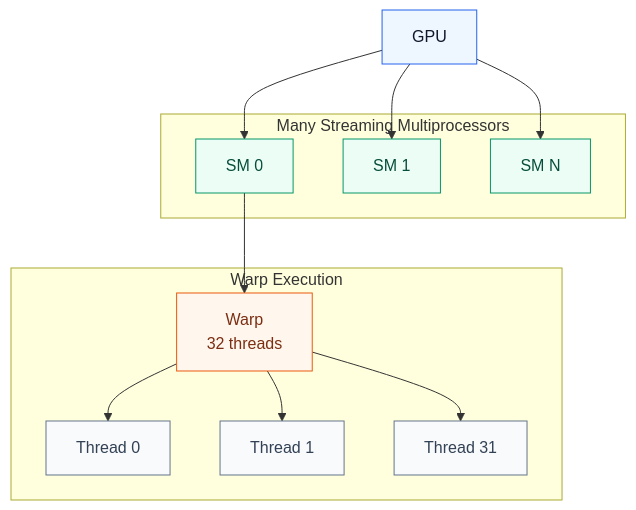
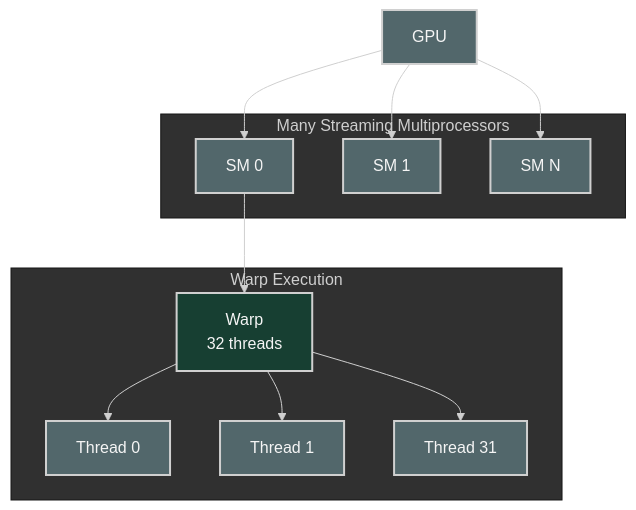
One commit to ziwon/ai-data-center-network changed the seventh of 15 diagrams in ai-system-performance-engineering/chap02/README.md. Above: the diagram before and after it, drawn with Mermaid. The commit also changed other lines of this file and 35 other files, not shown here.

Commit message:
docs(mermaid): apply dark diagram style

````diff
--- a/ai-system-performance-engineering/chap02/README.md
+++ b/ai-system-performance-engineering/chap02/README.md
@@ -361,30 +367,31 @@
 ```mermaid
+%%{init: {"theme": "base", "themeVariables": {"background": "#171717", "primaryColor": "#232323", "primaryTextColor": "#f5f5f5", "primaryBorderColor": "#d0d0d0", "lineColor": "#cfcfcf", "fontFamily": "Inter, Arial, sans-serif"}}}%%
 flowchart TB
-    classDef gpu fill:#eef6ff,stroke:#2563eb,color:#0f172a
-    classDef sm fill:#ecfdf5,stroke:#059669,color:#064e3b
-    classDef warp fill:#fff7ed,stroke:#ea580c,color:#7c2d12
-    classDef thread fill:#f8fafc,stroke:#64748b,color:#334155
+    classDef gpu fill:#52676b,stroke:#d0d0d0,color:#f5f5f5,stroke-width:2px;
+    classDef sm fill:#52676b,stroke:#d0d0d0,color:#f5f5f5,stroke-width:2px;
+    classDef warp fill:#173f32,stroke:#d0d0d0,color:#f5f5f5,stroke-width:2px;
+    classDef thread fill:#52676b,stroke:#d0d0d0,color:#f5f5f5,stroke-width:2px;
 
     GPU[GPU]:::gpu
 
     subgraph SMs["Many Streaming Multiprocessors"]
         SM0[SM 0]:::sm
         SM1[SM 1]:::sm
         SMN[SM N]:::sm
     end
 
     subgraph W["Warp Execution"]
         W0[Warp<br/>32 threads]:::warp
         T0[Thread 0]:::thread
         T1[Thread 1]:::thread
         T31[Thread 31]:::thread
     end
 
     GPU --> SM0
     GPU --> SM1
     GPU --> SMN
     SM0 --> W0
     W0 --> T0
     W0 --> T1
     W0 --> T31
 ```
````
